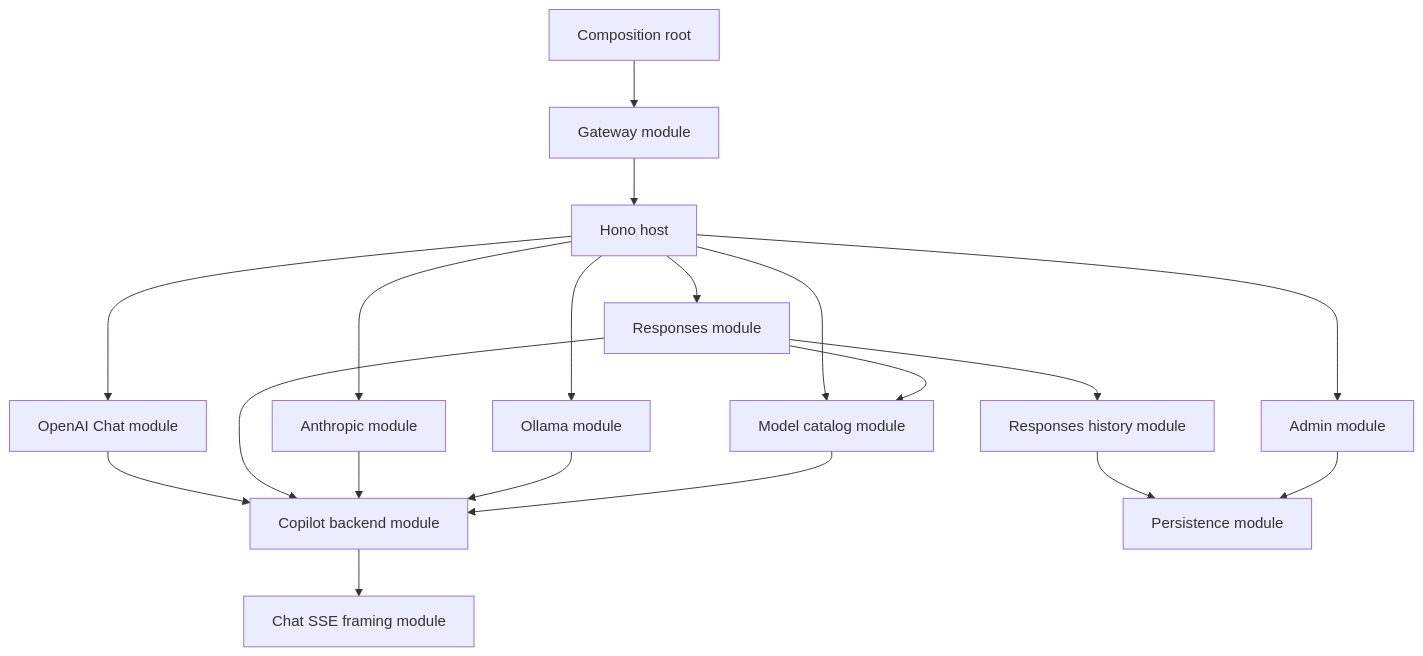
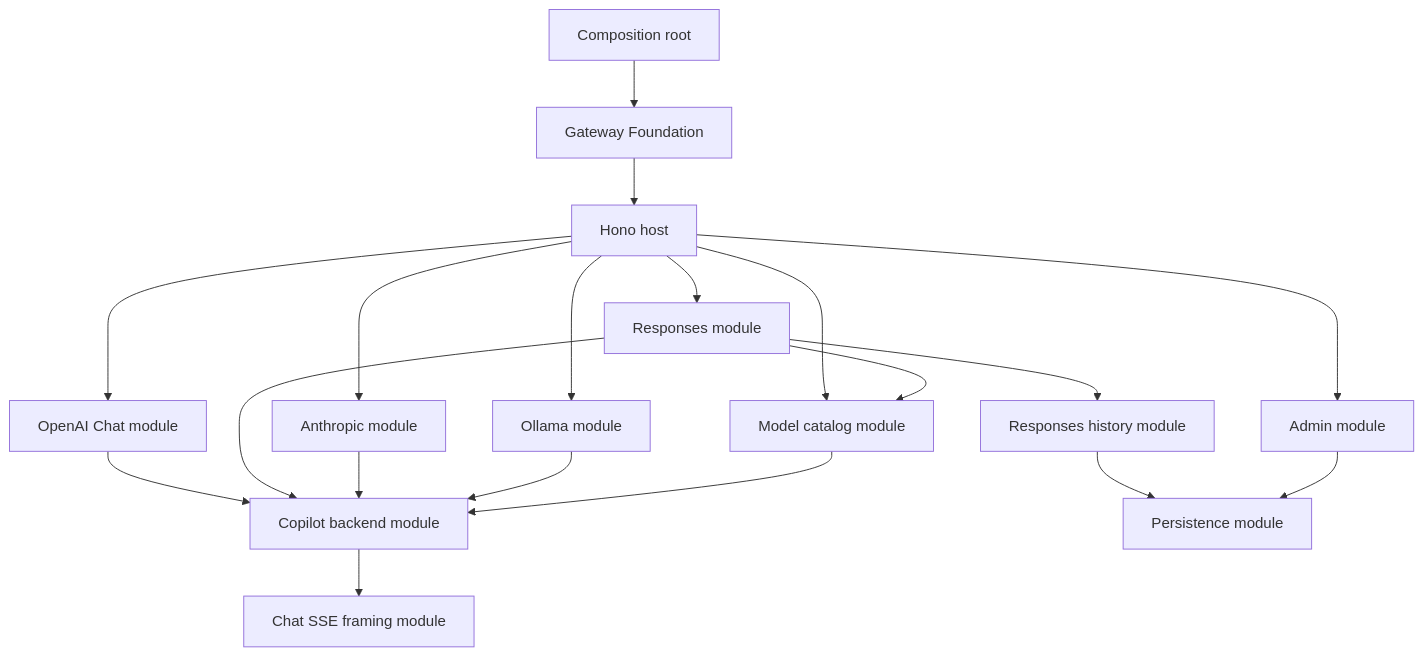
Before and after one commit to ljie-PI/ghcp-ollama: the second of 2 diagrams in docs/architecture.md, drawn with Mermaid. The commit also changed other lines of this file and 15 other files, not shown here.

````diff
--- a/docs/architecture.md
+++ b/docs/architecture.md
@@ -176,35 +213,35 @@
 ```mermaid
 flowchart TD
     Main[Composition root]
-    Gateway[Gateway module]
+    Gateway[Gateway Foundation]
     Http[Hono host]
     OpenAI[OpenAI Chat module]
     Responses[Responses module]
     Anthropic[Anthropic module]
     Ollama[Ollama module]
     Models[Model catalog module]
     Copilot[Copilot backend module]
     Stream[Chat SSE framing module]
     History[Responses history module]
     Persistence[Persistence module]
     Admin[Admin module]
 
     Main --> Gateway
     Gateway --> Http
     Http --> OpenAI
     Http --> Responses
     Http --> Anthropic
     Http --> Ollama
     Http --> Models
     Http --> Admin
     OpenAI --> Copilot
     Responses --> Copilot
     Anthropic --> Copilot
     Ollama --> Copilot
     Responses --> History
     Responses --> Models
     Models --> Copilot
     Copilot --> Stream
     History --> Persistence
     Admin --> Persistence
 ```
````
